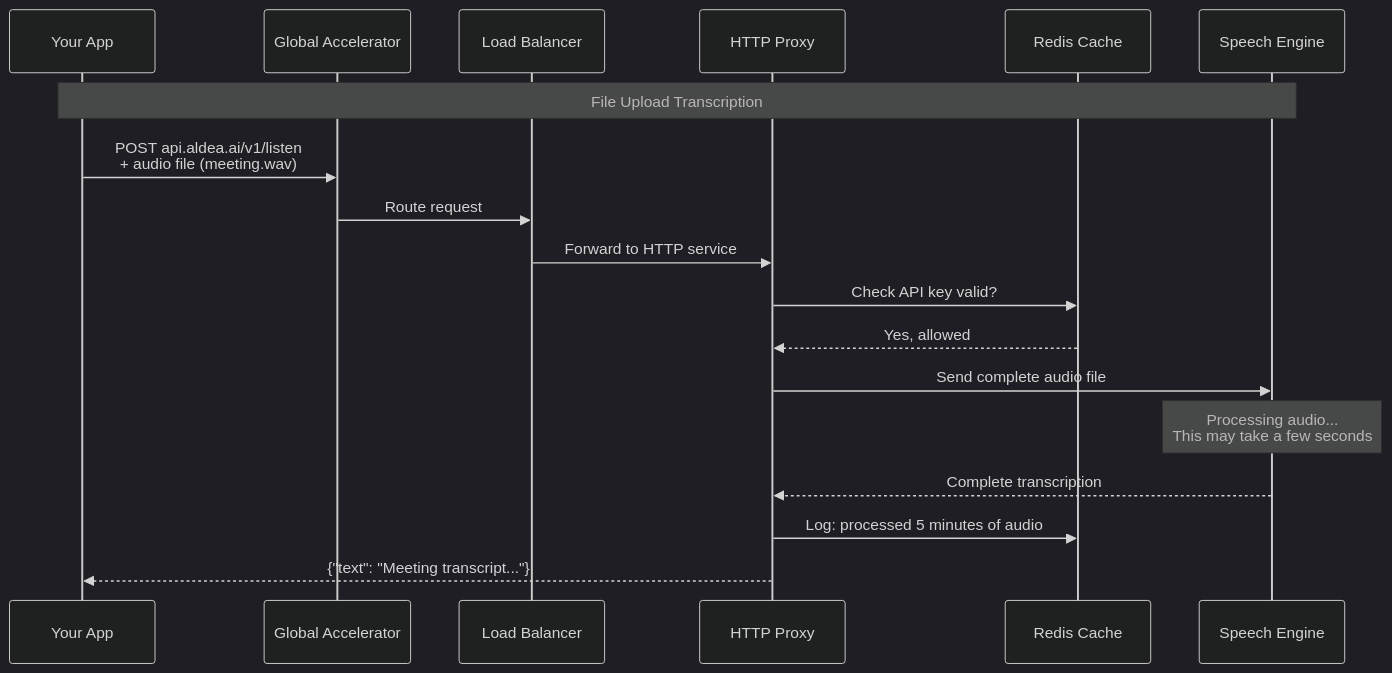
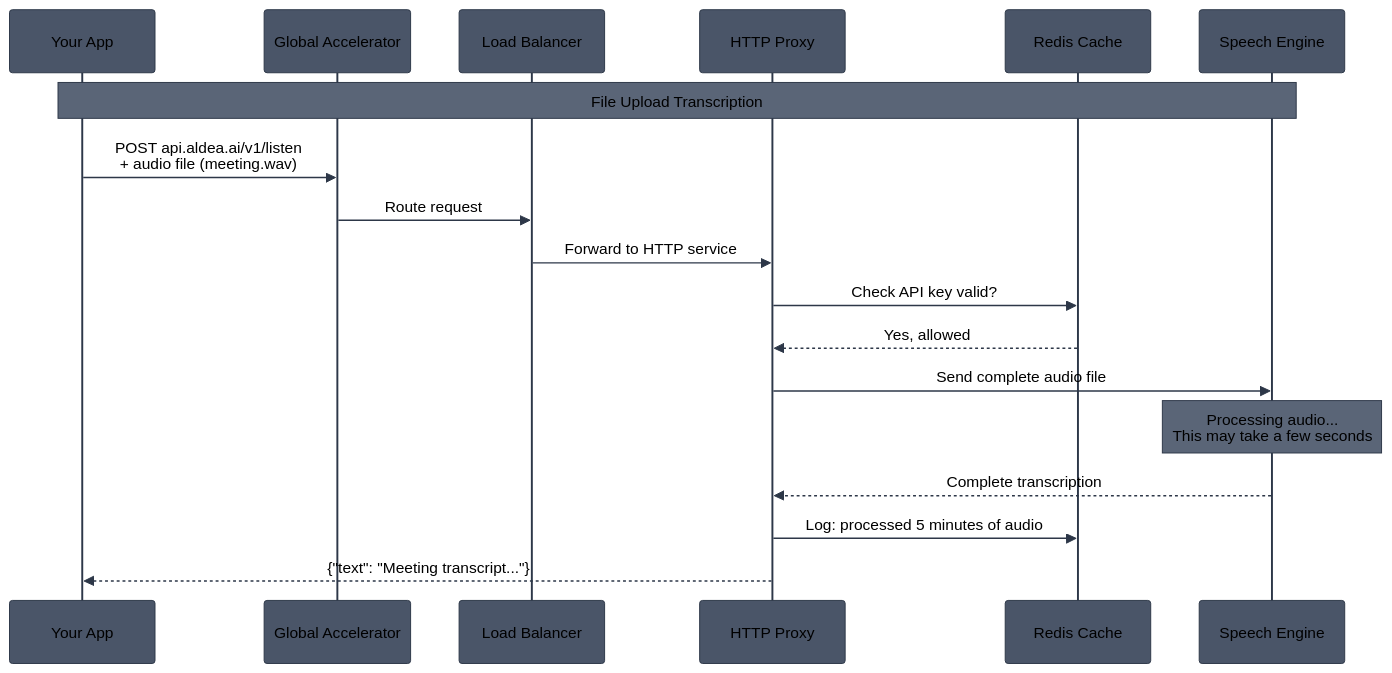
One commit to aldea-ai/infrastructure-docs changed the fifth of 8 diagrams in diagrams/ecs-architecture.md. Above: the diagram before and after it, drawn with Mermaid. The commit also changed other lines of this file and 2 other files, not shown here.

Commit message:
Use custom dark gray theme with black text for dark mode readability

````diff
--- a/diagrams/ecs-architecture.md
+++ b/diagrams/ecs-architecture.md
@@ -173,29 +173,29 @@
 ```mermaid
-%%{init: {'theme': 'dark'}}%%
+%%{init: {'theme': 'base', 'themeVariables': { 'primaryColor': '#4a5568', 'primaryTextColor': '#000', 'primaryBorderColor': '#2d3748', 'lineColor': '#2d3748', 'actorBkg': '#4a5568', 'actorBorder': '#2d3748', 'actorTextColor': '#000', 'actorLineColor': '#2d3748', 'signalColor': '#2d3748', 'signalTextColor': '#000', 'labelBoxBkgColor': '#5a6577', 'labelBoxBorderColor': '#2d3748', 'labelTextColor': '#000', 'loopTextColor': '#000', 'noteBkgColor': '#5a6577', 'noteTextColor': '#000', 'noteBorderColor': '#2d3748', 'activationBkgColor': '#6b7280', 'activationBorderColor': '#2d3748', 'sequenceNumberColor': '#000'}}}%%
 sequenceDiagram
     participant App as Your App
     participant GA as Global Accelerator
     participant LB as Load Balancer
     participant HTTP as HTTP Proxy
     participant Redis as Redis Cache
     participant STT as Speech Engine
 
     Note over App,STT: File Upload Transcription
 
     App->>GA: POST api.aldea.ai/v1/listen<br/>+ audio file (meeting.wav)
     GA->>LB: Route request
     LB->>HTTP: Forward to HTTP service
 
     HTTP->>Redis: Check API key valid?
     Redis-->>HTTP: Yes, allowed
 
     HTTP->>STT: Send complete audio file
 
     Note over STT: Processing audio...<br/>This may take a few seconds
 
     STT-->>HTTP: Complete transcription
 
     HTTP->>Redis: Log: processed 5 minutes of audio
 
     HTTP-->>App: {"text": "Meeting transcript..."}
 ```
````
